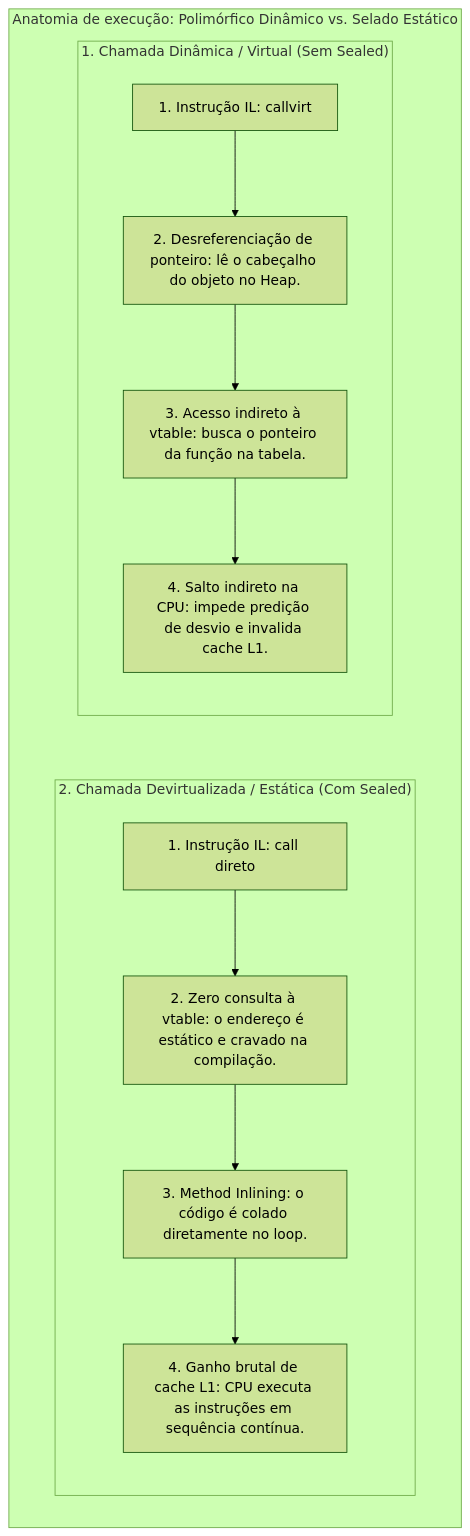
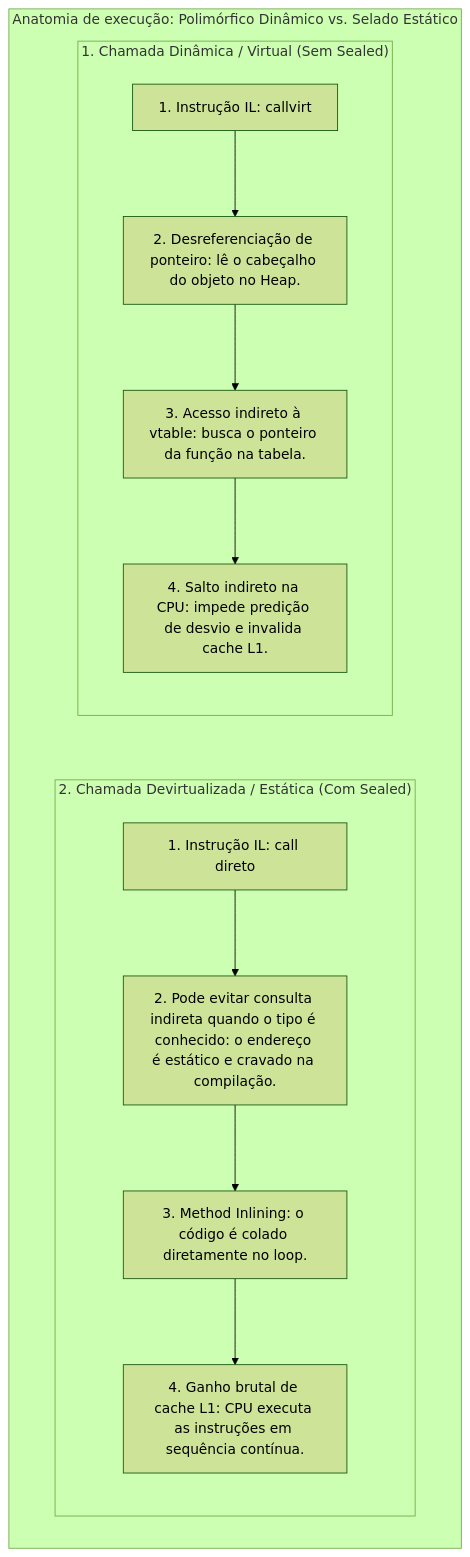
One commit to leorruas/puc changed the fifth of 7 diagrams in 01. Programacao Modular/19. Classes e membros selados (sealed).md. Above: the diagram before and after it, drawn with Mermaid (forest theme). The commit also changed other lines of this file and 5 other files, not shown here.

````diff
--- a/01. Programacao Modular/19. Classes e membros selados (sealed).md
+++ b/01. Programacao Modular/19. Classes e membros selados (sealed).md
@@ -274,26 +284,26 @@
 ```mermaid
 flowchart TD
     subgraph MecanicaExecucao ["Anatomia de execução: Polimórfico Dinâmico vs. Selado Estático"]
         direction TB
 
         subgraph FluxoDinamico ["1. Chamada Dinâmica / Virtual (Sem Sealed)"]
             direction TB
             D1["1. Instrução IL: callvirt"]
             D2["2. Desreferenciação de ponteiro: lê o cabeçalho do objeto no Heap."]
             D3["3. Acesso indireto à vtable: busca o ponteiro da função na tabela."]
             D4["4. Salto indireto na CPU: impede predição de desvio e invalida cache L1."]
             D1 --> D2 --> D3 --> D4
         end
 
         subgraph FluxoSelado ["2. Chamada Devirtualizada / Estática (Com Sealed)"]
             direction TB
             S1["1. Instrução IL: call direto"]
-            S2["2. Zero consulta à vtable: o endereço é estático e cravado na compilação."]
+            S2["2. Pode evitar consulta indireta quando o tipo é conhecido: o endereço é estático e cravado na compilação."]
             S3["3. Method Inlining: o código é colado diretamente no loop."]
             S4["4. Ganho brutal de cache L1: CPU executa as instruções em sequência contínua."]
             S1 --> S2 --> S3 --> S4
         end
 
         FluxoDinamico ~~~ FluxoSelado
     end
 ```
````
